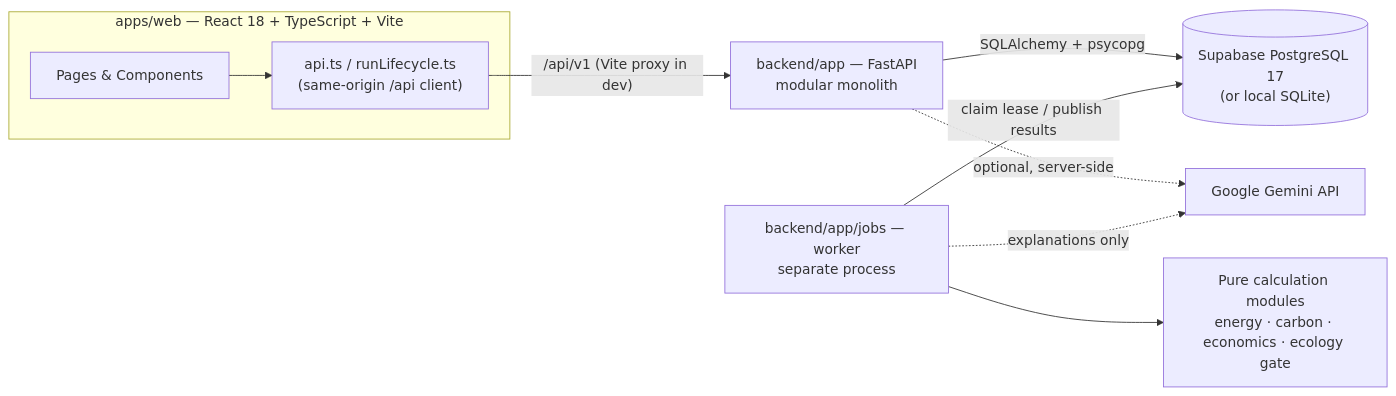
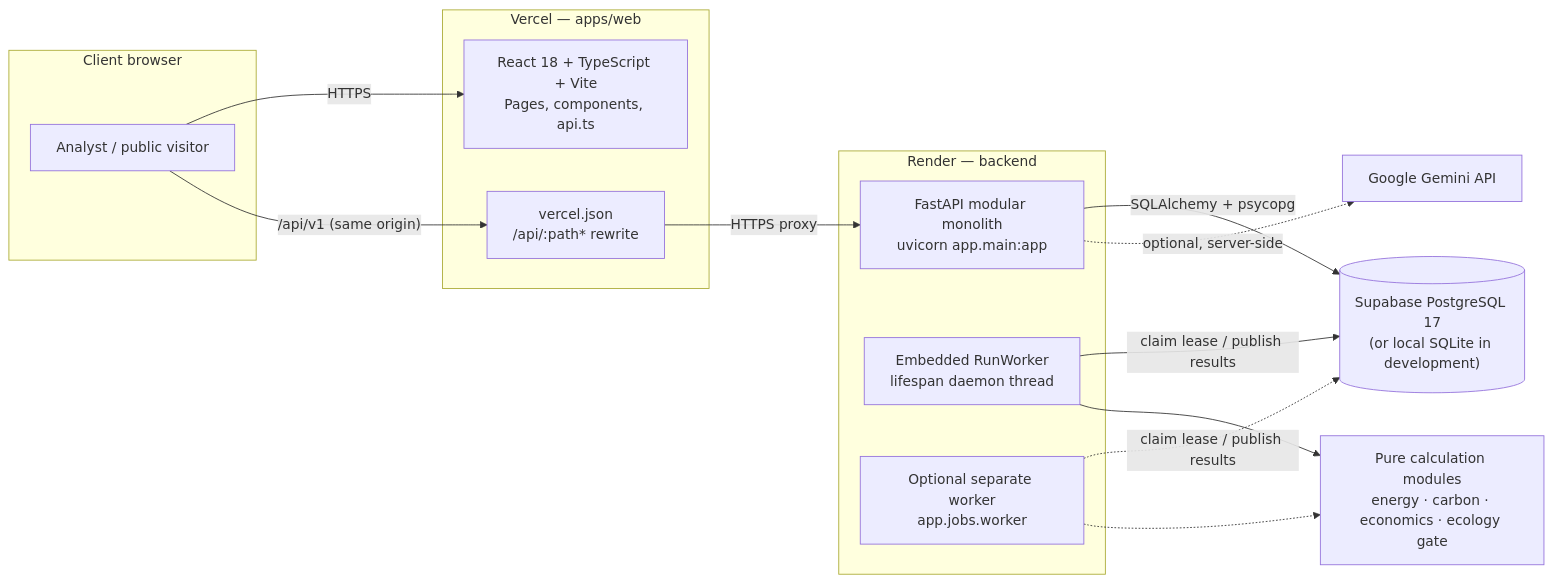
One commit to migsrvr/Pax-Virentia changed the first of 2 diagrams in docs/SYSTEM_GUIDE.md. Above: the diagram before and after it, drawn with Mermaid. The commit also changed other lines of this file and 15 other files, not shown here.

````diff
--- a/docs/SYSTEM_GUIDE.md
+++ b/docs/SYSTEM_GUIDE.md
@@ -23,15 +24,27 @@
 ```mermaid
 flowchart LR
-  subgraph Browser["apps/web — React 18 + TypeScript + Vite"]
-    UI["Pages & Components"]
-    CLIENT["api.ts / runLifecycle.ts\n(same-origin /api client)"]
-    UI --> CLIENT
+  subgraph Browser["Client browser"]
+    U["Analyst / public visitor"]
   end
 
-  CLIENT -->|"/api/v1 (Vite proxy in dev)"| API["backend/app — FastAPI\nmodular monolith"]
-  API -->|SQLAlchemy + psycopg| DB[("Supabase PostgreSQL 17\n(or local SQLite)")]
-  WORKER["backend/app/jobs — worker\nseparate process"] -->|claim lease / publish results| DB
-  WORKER --> CALC["Pure calculation modules\nenergy · carbon · economics · ecology gate"]
+  subgraph Vercel["Vercel — apps/web"]
+    SPA["React 18 + TypeScript + Vite\nPages, components, api.ts"]
+    RW["vercel.json\n/api/:path* rewrite"]
+  end
+
+  subgraph Render["Render — backend"]
+    API["FastAPI modular monolith\nuvicorn app.main:app"]
+    EW["Embedded RunWorker\nlifespan daemon thread"]
+    SEP["Optional separate worker\napp.jobs.worker"]
+  end
+
+  U -->|"HTTPS"| SPA
+  U -->|"/api/v1 (same origin)"| RW
+  RW -->|"HTTPS proxy"| API
+  API -->|"SQLAlchemy + psycopg"| DB[("Supabase PostgreSQL 17\n(or local SQLite in development)")]
+  EW -->|"claim lease / publish results"| DB
+  SEP -.->|"claim lease / publish results"| DB
+  EW --> CALC["Pure calculation modules\nenergy · carbon · economics · ecology gate"]
+  SEP -.-> CALC
   API -.->|"optional, server-side"| GEMINI["Google Gemini API"]
-  WORKER -.->|"explanations only"| GEMINI
 ```
````
